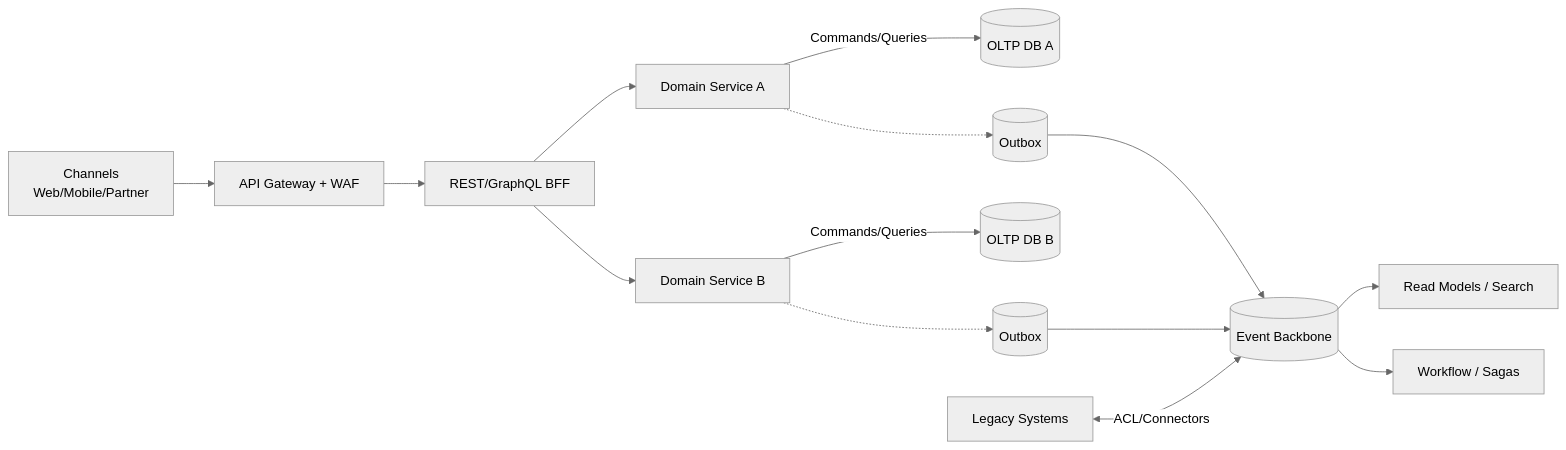
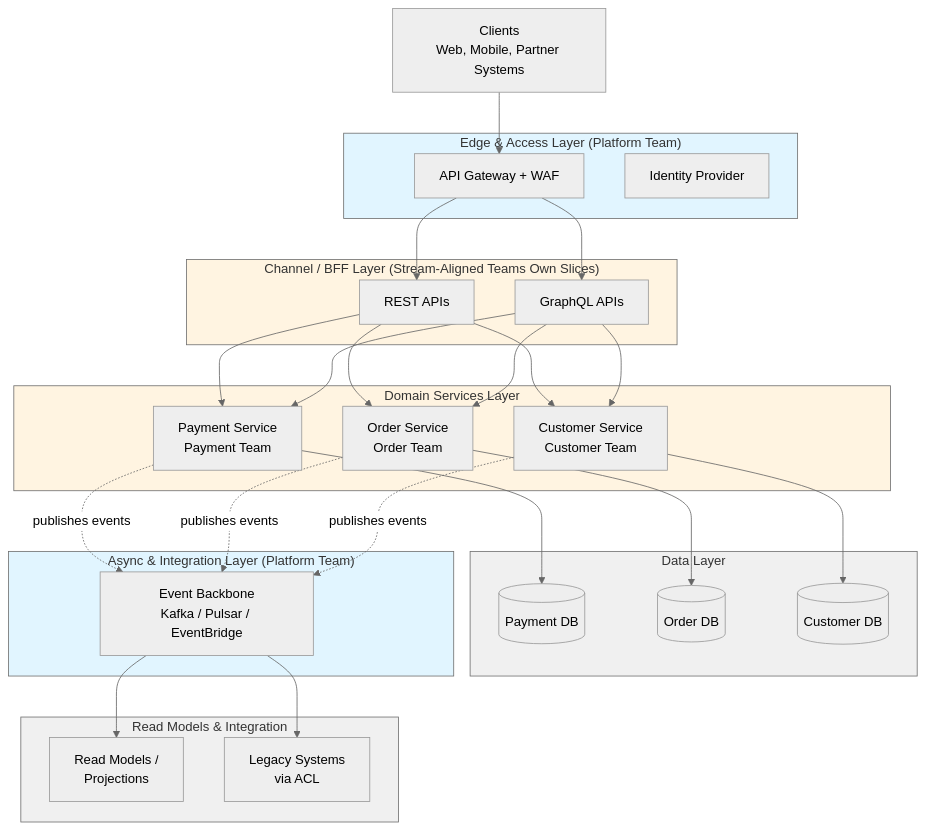
One commit to franciscolopezv/architecture_modernization changed the second of 3 diagrams in 01-strategy/target-architecture.md. Above: the diagram before and after it, drawn with Mermaid (neutral theme). The commit also changed other lines of this file and 1 other file, not shown here.

Commit message:
add target architecture

````diff
--- a/01-strategy/target-architecture.md
+++ b/01-strategy/target-architecture.md
@@ -51,19 +394,65 @@
 ```mermaid
-flowchart LR
-  Client[Channels\nWeb/Mobile/Partner] --> GW[API Gateway + WAF]
-  GW --> BFF[REST/GraphQL BFF]
-  BFF --> SvcA[Domain Service A]
-  BFF --> SvcB[Domain Service B]
-
-  SvcA -->|Commands/Queries| DB_A[(OLTP DB A)]
-  SvcB -->|Commands/Queries| DB_B[(OLTP DB B)]
-
-  SvcA -.-> OutboxA[(Outbox)]
-  SvcB -.-> OutboxB[(Outbox)]
-  OutboxA --> EVT[(Event Backbone)]
-  OutboxB --> EVT
-  EVT --> Proj[Read Models / Search]
-  EVT --> WF[Workflow / Sagas]
-
-  Legacy[Legacy Systems] <-->|ACL/Connectors| EVT
+graph TB
+    Clients[Clients<br/>Web, Mobile, Partner Systems]
+    
+    subgraph Edge["Edge & Access Layer (Platform Team)"]
+        Gateway[API Gateway + WAF]
+        Identity[Identity Provider]
+    end
+    
+    subgraph BFF["Channel / BFF Layer (Stream-Aligned Teams Own Slices)"]
+        RestAPI[REST APIs]
+        GraphQLAPI[GraphQL APIs]
+    end
+    
+    subgraph Domains["Domain Services Layer"]
+        PaymentSvc[Payment Service<br/>Payment Team]
+        OrderSvc[Order Service<br/>Order Team]
+        CustomerSvc[Customer Service<br/>Customer Team]
+    end
+    
+    subgraph Data["Data Layer"]
+        PaymentDB[(Payment DB)]
+        OrderDB[(Order DB)]
+        CustomerDB[(Customer DB)]
+    end
+    
+    subgraph Events["Async & Integration Layer (Platform Team)"]
+        EventBackbone[Event Backbone<br/>Kafka / Pulsar / EventBridge]
+    end
+    
+    subgraph ReadModels["Read Models & Integration"]
+        Projections[Read Models /<br/>Projections]
+        Legacy[Legacy Systems<br/>via ACL]
+    end
+    
+    Clients --> Gateway
+    Gateway --> RestAPI
+    Gateway --> GraphQLAPI
+    
+    RestAPI --> PaymentSvc
+    RestAPI --> OrderSvc
+    RestAPI --> CustomerSvc
+    
+    GraphQLAPI --> PaymentSvc
+    GraphQLAPI --> OrderSvc
+    GraphQLAPI --> CustomerSvc
+    
+    PaymentSvc --> PaymentDB
+    OrderSvc --> OrderDB
+    CustomerSvc --> CustomerDB
+    
+    PaymentSvc -.->|publishes events| EventBackbone
+    OrderSvc -.->|publishes events| EventBackbone
+    CustomerSvc -.->|publishes events| EventBackbone
+    
+    EventBackbone --> Projections
+    EventBackbone --> Legacy
+    
+    style Edge fill:#e1f5ff
+    style Events fill:#e1f5ff
+    style BFF fill:#fff4e1
+    style Domains fill:#fff4e1
+    style Data fill:#f0f0f0
+    style ReadModels fill:#f0f0f0
 ```
````
